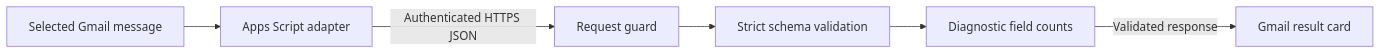
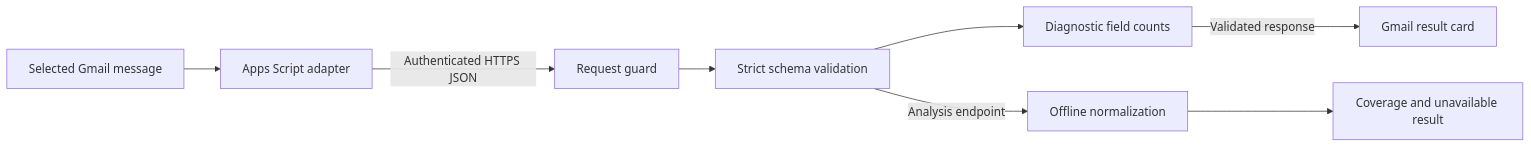
One commit to ShaharMaaravi/upwind-mail-guard changed the diagram in README.md. Above: the diagram before and after it, drawn with Mermaid. The commit also changed other lines of this file and 18 other files, not shown here.

Commit message:
feat: add offline analysis and scoring foundation

````diff
--- a/README.md
+++ b/README.md
@@ -68,8 +72,10 @@
 ```mermaid
 flowchart LR
     G[Selected Gmail message] --> A[Apps Script adapter]
     A -->|Authenticated HTTPS JSON| B[Request guard]
     B --> V[Strict schema validation]
     V --> D[Diagnostic field counts]
     D -->|Validated response| C[Gmail result card]
+    V -->|Analysis endpoint| N[Offline normalization]
+    N --> U[Coverage and unavailable result]
 ```
````
